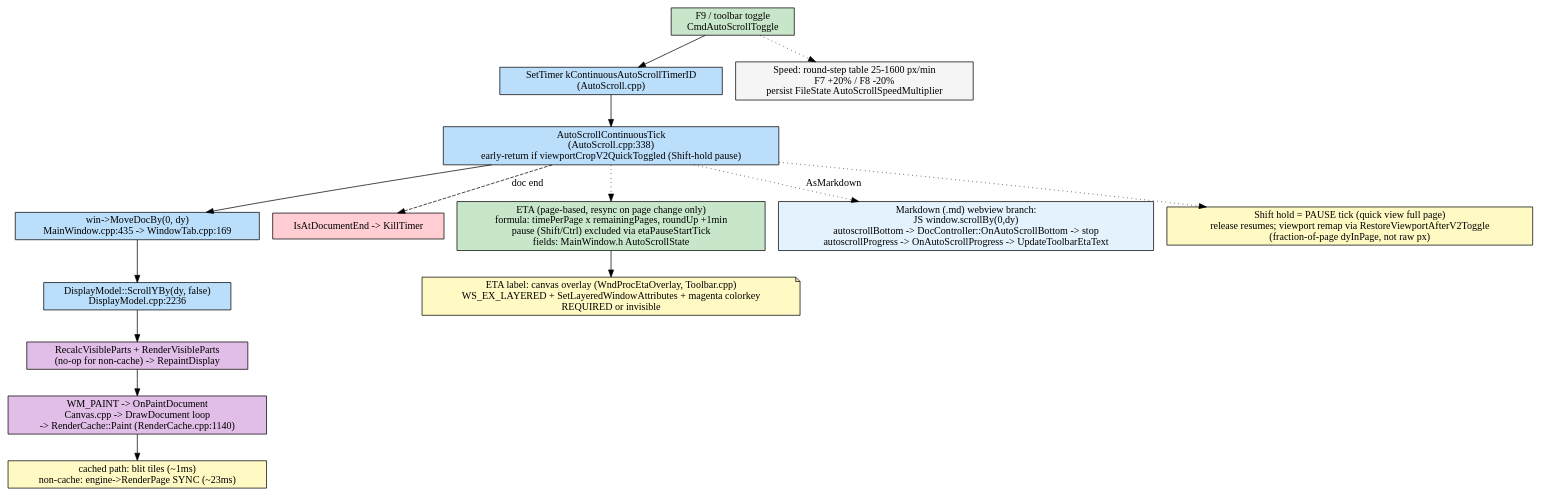
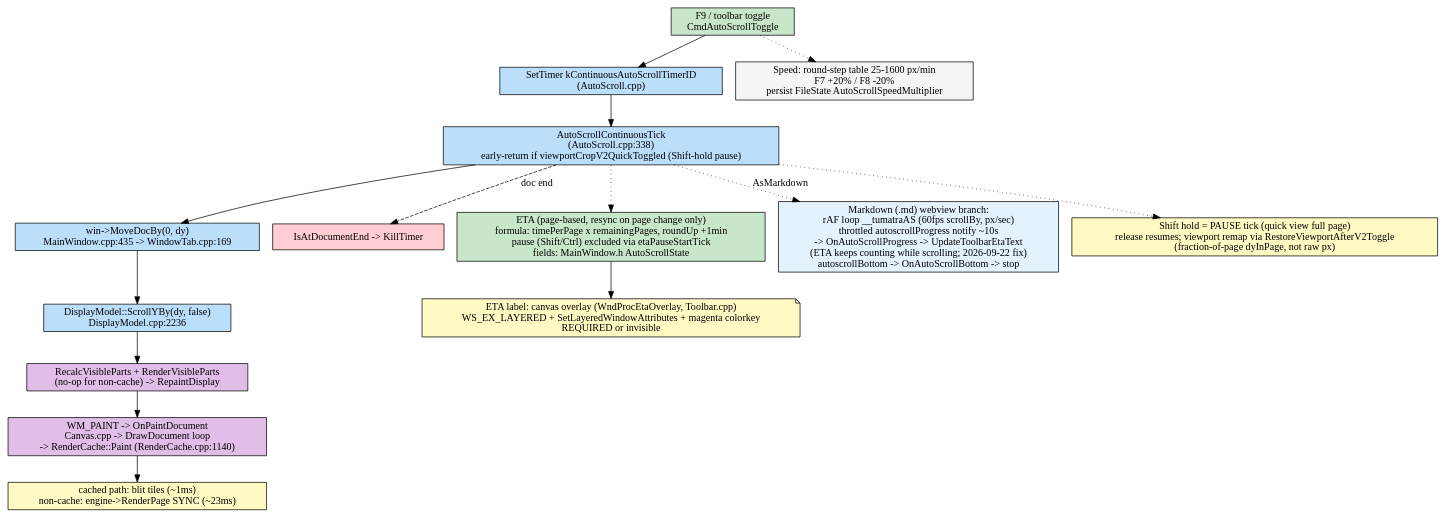
One commit to FelipeTesta/TumatraPDF changed the diagram in FLOW/autoscroll.dot. Above: the diagram before and after it, drawn with Graphviz. The commit also changed 22 other files, not shown here.

```diff
--- a/FLOW/autoscroll.dot
+++ b/FLOW/autoscroll.dot
@@ -1,31 +1,31 @@
 digraph AutoScroll {
     rankdir=TB;
     node [shape=box, style=rounded];
 
     start [label="F9 / toolbar toggle\nCmdAutoScrollToggle", fillcolor="#c8e6c9", style=filled];
     timer [label="SetTimer kContinuousAutoScrollTimerID\n(AutoScroll.cpp)", fillcolor="#bbdefb", style=filled];
     tick [label="AutoScrollContinuousTick\n(AutoScroll.cpp:338)\nearly-return if viewportCropV2QuickToggled (Shift-hold pause)", fillcolor="#bbdefb", style=filled];
     movedoc [label="win->MoveDocBy(0, dy)\nMainWindow.cpp:435 -> WindowTab.cpp:169", fillcolor="#bbdefb", style=filled];
     scrolly [label="DisplayModel::ScrollYBy(dy, false)\nDisplayModel.cpp:2236", fillcolor="#bbdefb", style=filled];
     parts [label="RecalcVisibleParts + RenderVisibleParts\n(no-op for non-cache) -> RepaintDisplay", fillcolor="#e1bee7", style=filled];
     paint [label="WM_PAINT -> OnPaintDocument\nCanvas.cpp -> DrawDocument loop\n-> RenderCache::Paint (RenderCache.cpp:1140)", fillcolor="#e1bee7", style=filled];
     cache [label="cached path: blit tiles (~1ms)\nnon-cache: engine->RenderPage SYNC (~23ms)", fillcolor="#fff9c4", style=filled];
     end [label="IsAtDocumentEnd -> KillTimer", fillcolor="#ffcdd2", style=filled];
 
     eta [label="ETA (page-based, resync on page change only)\nformula: timePerPage x remainingPages, roundUp +1min\npause (Shift/Ctrl) excluded via etaPauseStartTick\nfields: MainWindow.h AutoScrollState", shape=box, fillcolor="#c8e6c9", style=filled];
     etaUi [label="ETA label: canvas overlay (WndProcEtaOverlay, Toolbar.cpp)\nWS_EX_LAYERED + SetLayeredWindowAttributes + magenta colorkey\nREQUIRED or invisible", shape=note, fillcolor="#fff9c4", style=filled];
 
-    md [label="Markdown (.md) webview branch:\nJS window.scrollBy(0,dy)\nautoscrollBottom -> DocController::OnAutoScrollBottom -> stop\nautoscrollProgress -> OnAutoScrollProgress -> UpdateToolbarEtaText", shape=box, fillcolor="#e3f2fd", style=filled];
+    md [label="Markdown (.md) webview branch:\nrAF loop __tumatraAS (60fps scrollBy, px/sec)\nthrottled autoscrollProgress notify ~10s\n-> OnAutoScrollProgress -> UpdateToolbarEtaText\n(ETA keeps counting while scrolling; 2026-09-22 fix)\nautoscrollBottom -> OnAutoScrollBottom -> stop", shape=box, fillcolor="#e3f2fd", style=filled];
 
     shift [label="Shift hold = PAUSE tick (quick view full page)\nrelease resumes; viewport remap via RestoreViewportAfterV2Toggle\n(fraction-of-page dyInPage, not raw px)", shape=box, fillcolor="#fff9c4", style=filled];
 
     start -> timer -> tick -> movedoc -> scrolly -> parts -> paint -> cache;
     tick -> end [style=dashed, label="doc end"];
     tick -> eta [style=dotted];
     eta -> etaUi;
     tick -> md [style=dotted, label="AsMarkdown"];
     tick -> shift [style=dotted];
 
     speed [label="Speed: round-step table 25-1600 px/min\nF7 +20% / F8 -20%\npersist FileState AutoScrollSpeedMultiplier", shape=box, fillcolor="#f5f5f5", style=filled];
     start -> speed [style=dotted];
 }
```
